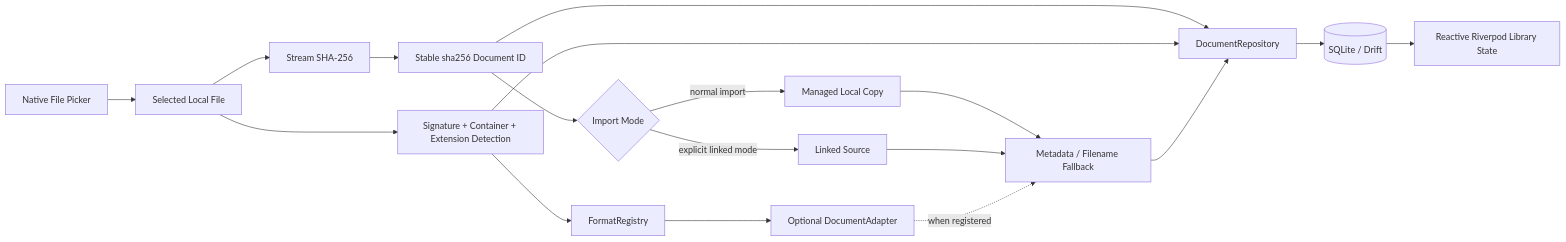
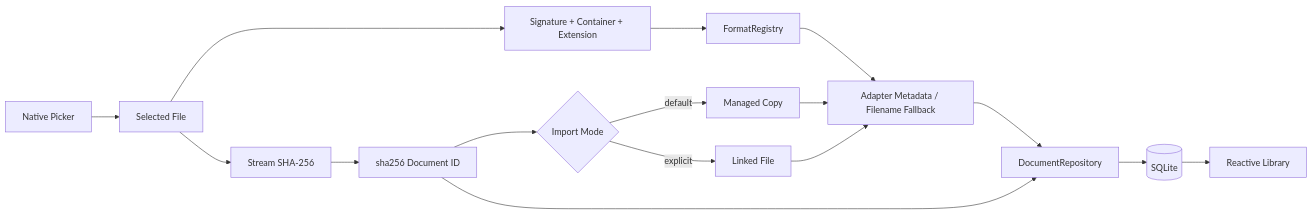
The second of 11 diagrams in docs/PROJECT_GRAPH.md (aaditya140103/kola), drawn with Mermaid before and after one commit. The commit also changed other lines of this file, not shown here.

Commit message:
docs: update compact architecture graph for pdf reader

````diff
--- a/docs/PROJECT_GRAPH.md
+++ b/docs/PROJECT_GRAPH.md
@@ -80,31 +43,28 @@
 ```mermaid
 flowchart LR
-    Pick[Native File Picker]
-    Source[Selected Local File]
-    Detect[Signature + Container + Extension Detection]
+    Pick[Native Picker]
+    Source[Selected File]
+    Detect[Signature + Container + Extension]
     Hash[Stream SHA-256]
-    Identity[Stable sha256 Document ID]
+    ID[sha256 Document ID]
     Mode{Import Mode}
-    Managed[Managed Local Copy]
-    Linked[Linked Source]
+    Managed[Managed Copy]
+    Linked[Linked File]
     Registry[FormatRegistry]
-    Adapter[Optional DocumentAdapter]
-    Metadata[Metadata / Filename Fallback]
+    Meta[Adapter Metadata / Filename Fallback]
     Repo[DocumentRepository]
-    DB[(SQLite / Drift)]
-    Streams[Reactive Riverpod Library State]
+    DB[(SQLite)]
+    Library[Reactive Library]
 
     Pick --> Source
     Source --> Detect
-    Source --> Hash --> Identity
-    Identity --> Mode
-    Mode -- normal import --> Managed
-    Mode -- explicit linked mode --> Linked
-    Detect --> Registry --> Adapter
-    Managed --> Metadata
-    Linked --> Metadata
-    Adapter -. when registered .-> Metadata
-    Identity --> Repo
-    Detect --> Repo
-    Metadata --> Repo --> DB --> Streams
+    Source --> Hash --> ID
+    ID --> Mode
+    Mode -- default --> Managed
+    Mode -- explicit --> Linked
+    Detect --> Registry --> Meta
+    Managed --> Meta
+    Linked --> Meta
+    ID --> Repo
+    Meta --> Repo --> DB --> Library
 ```
````
